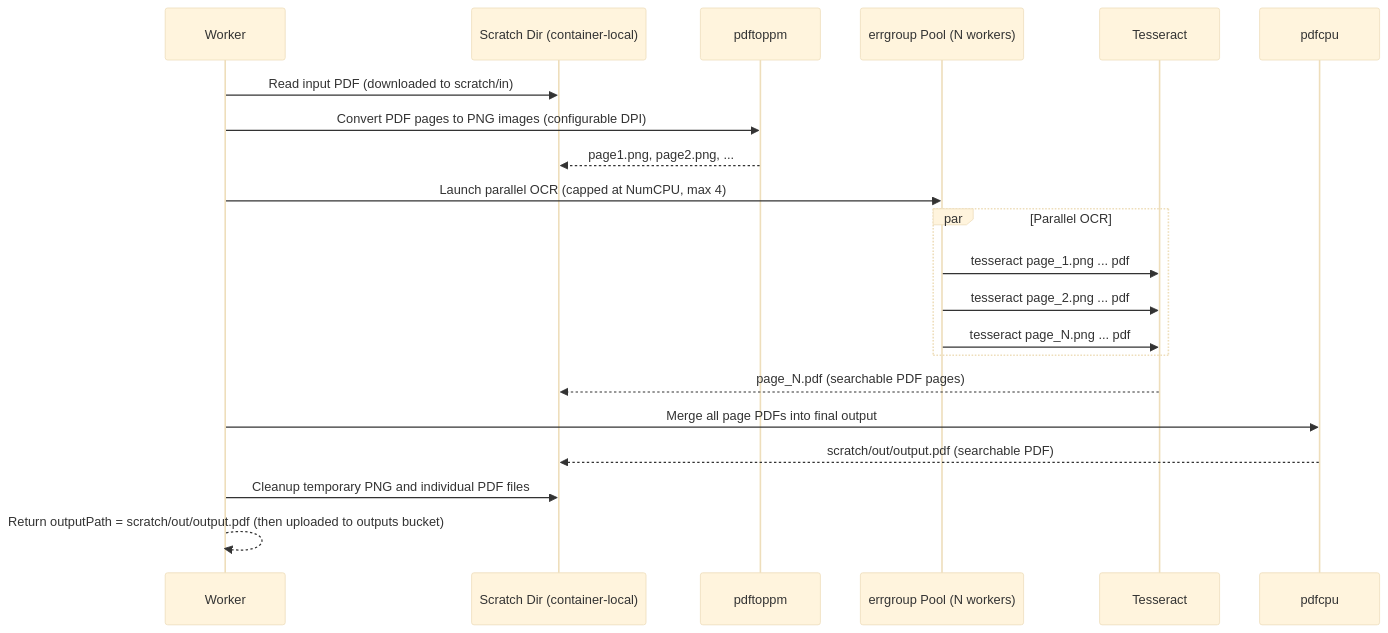
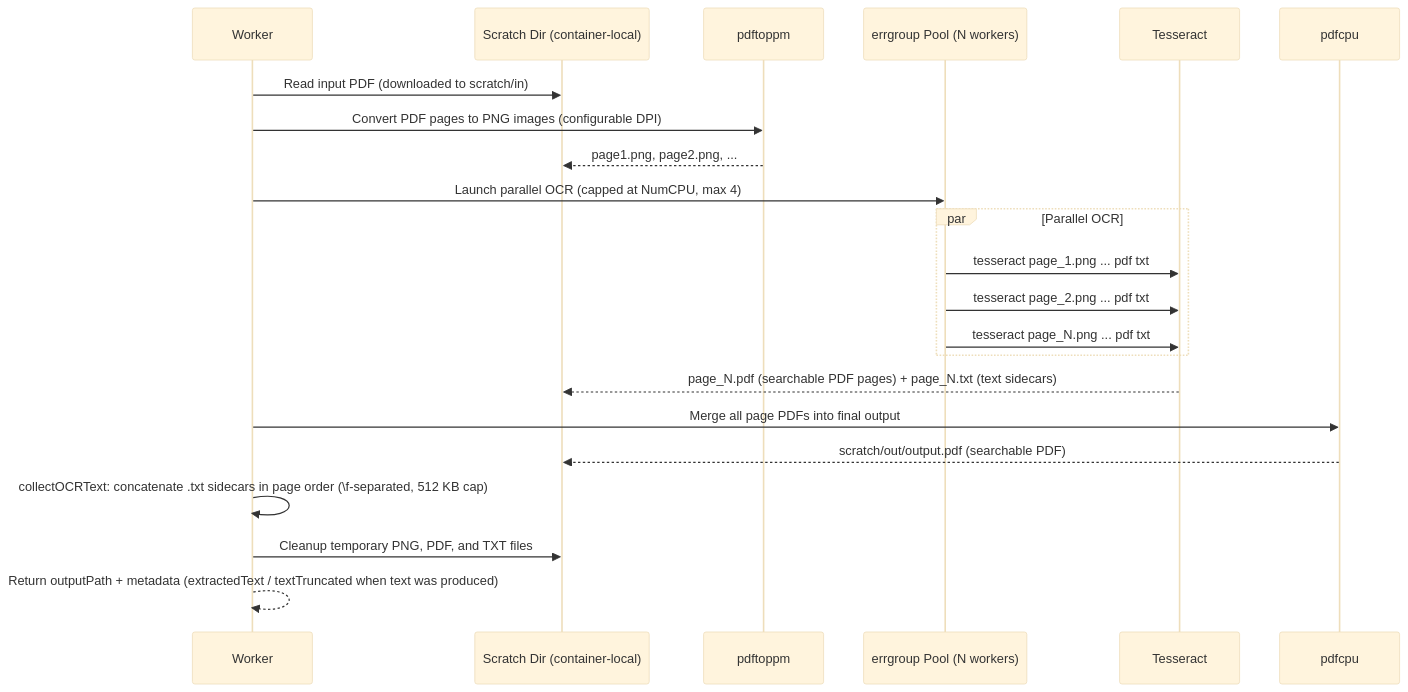
One commit to code-farms/fyredocs_backend changed the second of 4 diagrams in docs/developer/services/optimize-pdf.md. Above: the diagram before and after it, drawn with Mermaid (base theme). The commit also changed other lines of this file and 21 other files, not shown here.

First line of the commit message:
feat: Enhance OCR PDF processing and metadata handling

````diff
--- a/docs/developer/services/optimize-pdf.md
+++ b/docs/developer/services/optimize-pdf.md
@@ -300,26 +307,27 @@
 ```mermaid
 sequenceDiagram
     participant W as Worker
     participant FS as Scratch Dir (container-local)
     participant PP as pdftoppm
     participant Pool as errgroup Pool (N workers)
     participant TS as Tesseract
     participant PC as pdfcpu
 
     W->>FS: Read input PDF (downloaded to scratch/in)
     W->>PP: Convert PDF pages to PNG images (configurable DPI)
     PP-->>FS: page1.png, page2.png, ...
 
     W->>Pool: Launch parallel OCR (capped at NumCPU, max 4)
     par Parallel OCR
-        Pool->>TS: tesseract page_1.png ... pdf
-        Pool->>TS: tesseract page_2.png ... pdf
-        Pool->>TS: tesseract page_N.png ... pdf
+        Pool->>TS: tesseract page_1.png ... pdf txt
+        Pool->>TS: tesseract page_2.png ... pdf txt
+        Pool->>TS: tesseract page_N.png ... pdf txt
     end
-    TS-->>FS: page_N.pdf (searchable PDF pages)
+    TS-->>FS: page_N.pdf (searchable PDF pages) + page_N.txt (text sidecars)
 
     W->>PC: Merge all page PDFs into final output
     PC-->>FS: scratch/out/output.pdf (searchable PDF)
-    W->>FS: Cleanup temporary PNG and individual PDF files
-    W-->>W: Return outputPath = scratch/out/output.pdf (then uploaded to outputs bucket)
+    W->>W: collectOCRText: concatenate .txt sidecars in page order (\f-separated, 512 KB cap)
+    W->>FS: Cleanup temporary PNG, PDF, and TXT files
+    W-->>W: Return outputPath + metadata (extractedText / textTruncated when text was produced)
 ```
````
